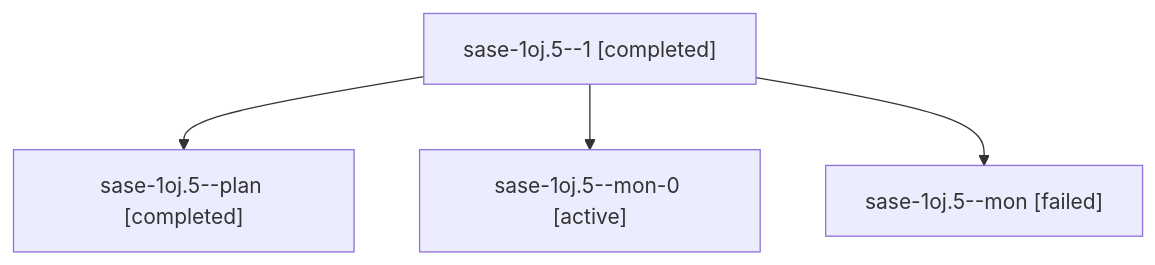
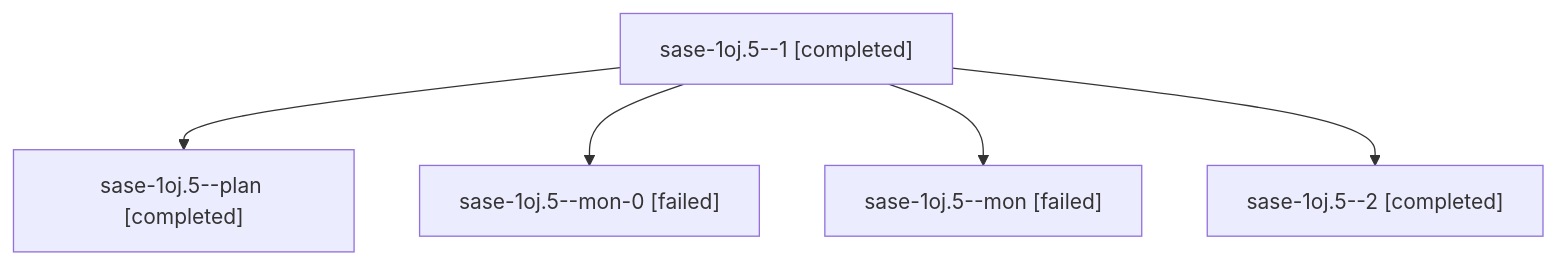
One commit to sase-org/sase--agents changed the diagram in sessions/bbugyi200.apollo.sase-1oj.5.md. Above: the diagram before and after it, drawn with Mermaid. The commit also changed other lines of this file and 744 other files, not shown here.

````diff
--- a/sessions/bbugyi200.apollo.sase-1oj.5.md
+++ b/sessions/bbugyi200.apollo.sase-1oj.5.md
@@ -9,10 +9,12 @@
 ```mermaid
 flowchart TD
   n0["sase-1oj.5--1 [completed]"]
   n1["sase-1oj.5--plan [completed]"]
   n0 --> n1
-  n2["sase-1oj.5--mon-0 [active]"]
+  n2["sase-1oj.5--mon-0 [failed]"]
   n0 --> n2
   n3["sase-1oj.5--mon [failed]"]
   n0 --> n3
+  n4["sase-1oj.5--2 [completed]"]
+  n0 --> n4
 ```
````
